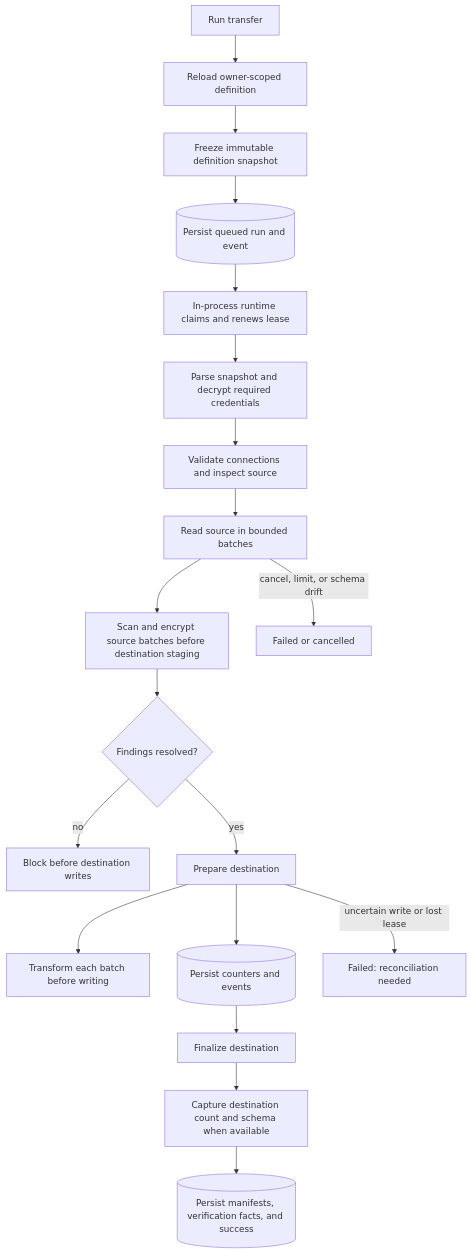
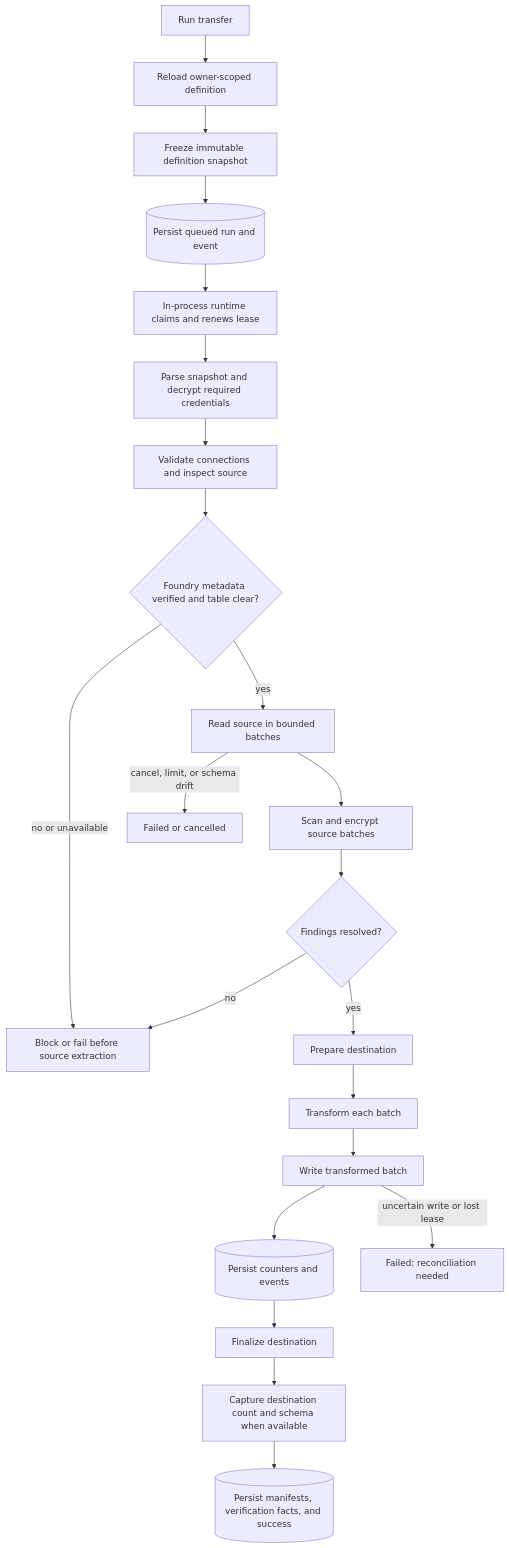
Before and after one commit to eddiethedean/user-token-management-app: the third of 6 diagrams in docs/data-pipelines.md, drawn with Mermaid. The commit also changed other lines of this file and 25 other files, not shown here.

````diff
--- a/docs/data-pipelines.md
+++ b/docs/data-pipelines.md
@@ -177,21 +177,24 @@
 ```mermaid
 flowchart TD
     R[Run transfer] --> O[Reload owner-scoped definition]
     O --> S[Freeze immutable definition snapshot]
     S --> Q[(Persist queued run and event)]
     Q --> L[In-process runtime claims and renews lease]
     L --> K[Parse snapshot and decrypt required credentials]
     K --> V[Validate connections and inspect source]
-    V --> X[Read source in bounded batches]
-    X --> G[Scan and encrypt source batches before destination staging]
-    G --> H{Findings resolved?}
-    H -->|no| B[Block before destination writes]
-    H -->|yes| D[Prepare destination]
-    D --> T[Transform each batch before writing]
-    D --> M[(Persist counters and events)]
+    V --> G{Foundry metadata verified and table clear?}
+    G -->|no or unavailable| B[Block or fail before source extraction]
+    G -->|yes| X[Read source in bounded batches]
+    X --> H[Scan and encrypt source batches]
+    H --> I{Findings resolved?}
+    I -->|no| B
+    I -->|yes| D[Prepare destination]
+    D --> T[Transform each batch]
+    T --> W[Write transformed batch]
+    W --> M[(Persist counters and events)]
     M --> F[Finalize destination]
     F --> C[Capture destination count and schema when available]
     C --> P[(Persist manifests, verification facts, and success)]
     X -->|cancel, limit, or schema drift| E[Failed or cancelled]
-    D -->|uncertain write or lost lease| N[Failed: reconciliation needed]
+    W -->|uncertain write or lost lease| N[Failed: reconciliation needed]
 ```
````
